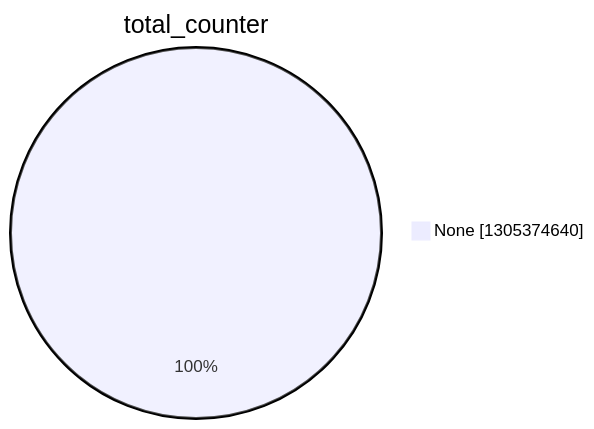
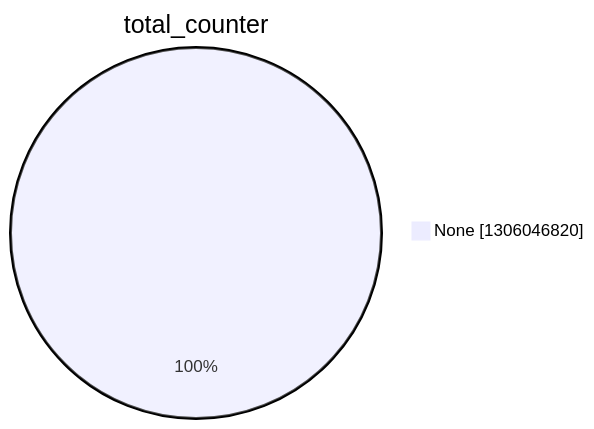
Before and after one commit to christiankrug/ctmonitor_visualization: the second of 15 diagrams in argon2022/README.md, drawn with Mermaid. The commit also changed other lines of this file, not shown here.

````diff
--- a/argon2022/README.md
+++ b/argon2022/README.md
@@ -9,5 +9,5 @@
 ```mermaid
 pie showData
 title total_counter
-"None" :1305374640
+"None" :1306046820
 ```
````
